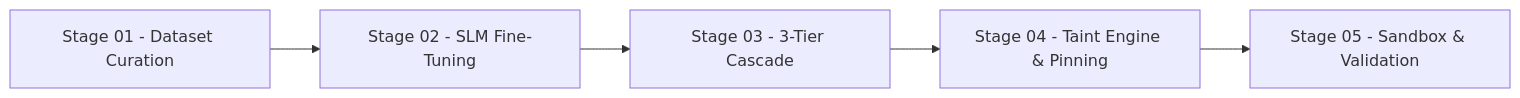
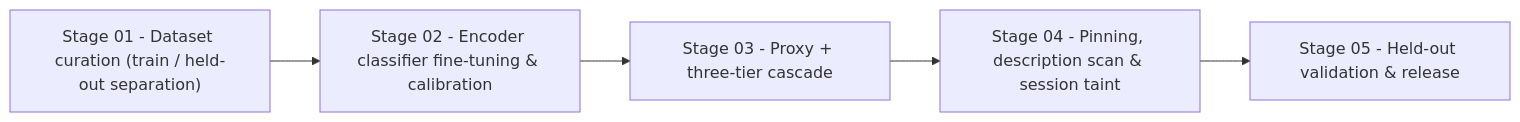
The tenth of 10 diagrams in MCP-Shield Complete Presentation Script & Project Blueprint.md (rishikeshvarma/MCP-Shield), drawn with Mermaid before and after one commit. The commit also changed other lines of this file and 10 other files, not shown here.

````diff
--- a/MCP-Shield Complete Presentation Script & Project Blueprint.md
+++ b/MCP-Shield Complete Presentation Script & Project Blueprint.md
@@ -552,7 +403,7 @@
 ```mermaid
 graph LR
-    P1["Stage 01 - Dataset Curation"] --> P2["Stage 02 - SLM Fine-Tuning"]
-    P2 --> P3["Stage 03 - 3-Tier Cascade"]
-    P3 --> P4["Stage 04 - Taint Engine & Pinning"]
-    P4 --> P5["Stage 05 - Sandbox & Validation"]
+    P1["Stage 01 - Dataset curation (train / held-out separation)"] --> P2["Stage 02 - Encoder classifier fine-tuning & calibration"]
+    P2 --> P3["Stage 03 - Proxy + three-tier cascade"]
+    P3 --> P4["Stage 04 - Pinning, description scan & session taint"]
+    P4 --> P5["Stage 05 - Held-out validation & release"]
 ```
````
